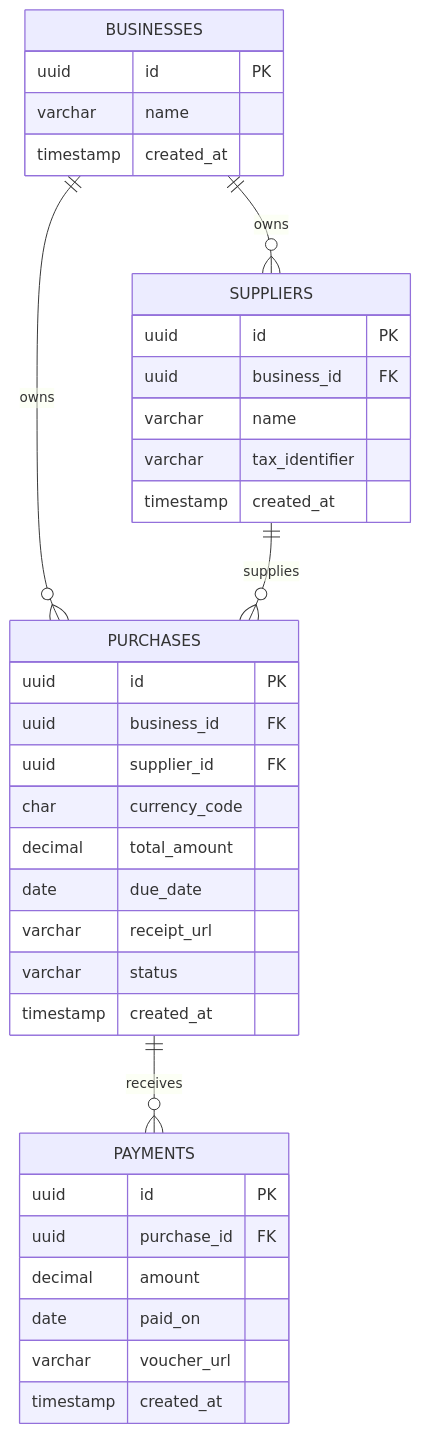
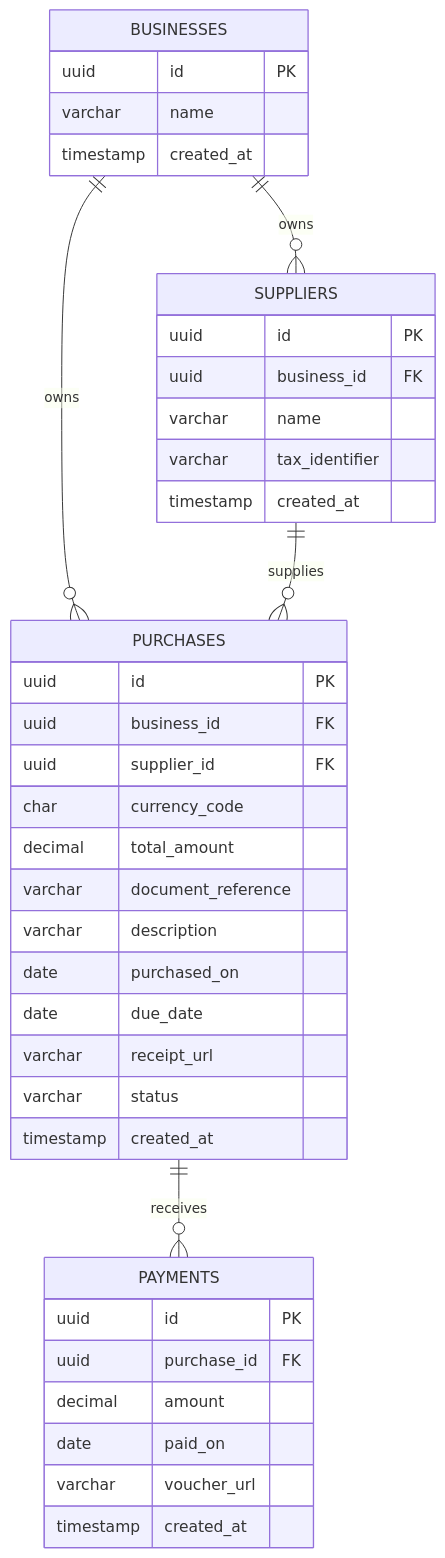
Before and after one commit to Grupo-Desarrollo-Aplicaciones-Web/upc-project-report: the diagram in assets/architecture/database-accounts-payable.mmd, drawn with Mermaid. The commit also changed 27 other files, not shown here.

Commit message:
docs(architecture): align frontend containers classes and database

```diff
--- a/assets/architecture/database-accounts-payable.mmd
+++ b/assets/architecture/database-accounts-payable.mmd
@@ -1,37 +1,40 @@
 erDiagram
   BUSINESSES ||--o{ SUPPLIERS : owns
   BUSINESSES ||--o{ PURCHASES : owns
   SUPPLIERS ||--o{ PURCHASES : supplies
   PURCHASES ||--o{ PAYMENTS : receives
 
   BUSINESSES {
     uuid id PK
     varchar name
     timestamp created_at
   }
   SUPPLIERS {
     uuid id PK
     uuid business_id FK
     varchar name
     varchar tax_identifier
     timestamp created_at
   }
   PURCHASES {
     uuid id PK
     uuid business_id FK
     uuid supplier_id FK
     char currency_code
     decimal total_amount
+    varchar document_reference
+    varchar description
+    date purchased_on
     date due_date
     varchar receipt_url
     varchar status
     timestamp created_at
   }
   PAYMENTS {
     uuid id PK
     uuid purchase_id FK
     decimal amount
     date paid_on
     varchar voucher_url
     timestamp created_at
   }
```
